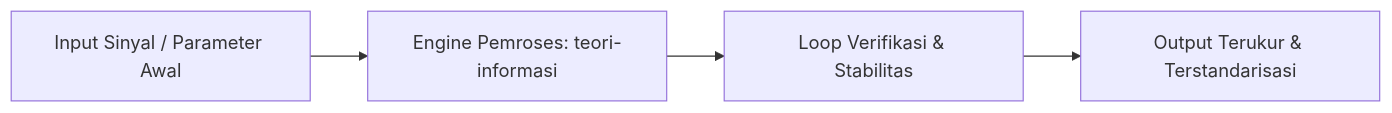
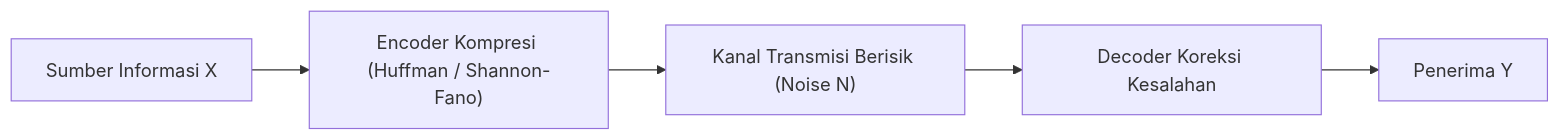
One commit to Rizki2204/ultimate-learning-paths changed the diagram in curriculum/01-fondasi-matematika/020-teori-informasi.md. Above: the diagram before and after it, drawn with Mermaid. The commit also changed other lines of this file and 271 other files, not shown here.

````diff
--- a/curriculum/01-fondasi-matematika/020-teori-informasi.md
+++ b/curriculum/01-fondasi-matematika/020-teori-informasi.md
@@ -17,6 +32,7 @@
 ```mermaid
 graph LR
-    Input["Input Sinyal / Parameter Awal"] --> Engine["Engine Pemroses: teori-informasi"]
-    Engine --> Feedback["Loop Verifikasi & Stabilitas"]
-    Feedback --> Output["Output Terukur & Terstandarisasi"]
+    Source["Sumber Informasi X"] --> Enc["Encoder Kompresi (Huffman / Shannon-Fano)"]
+    Enc --> Channel["Kanal Transmisi Berisik (Noise N)"]
+    Channel --> Dec["Decoder Koreksi Kesalahan"]
+    Dec --> Destination["Penerima Y"]
 ```
````
